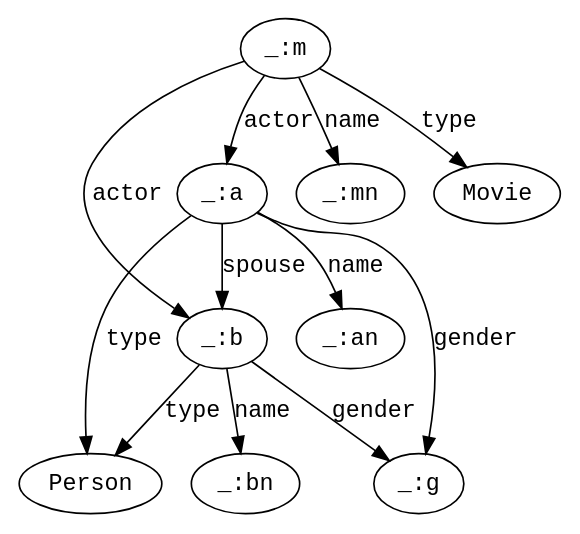
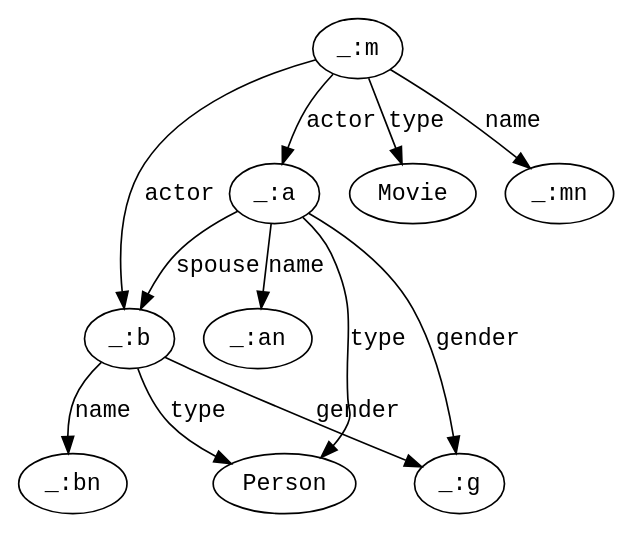
The diagram in docs/images/query.dot (underlay/styx), drawn with Graphviz before and after one commit. The commit also changed 9 other files, not shown here.

```diff
--- a/docs/images/query.dot
+++ b/docs/images/query.dot
@@ -1,22 +1,15 @@
 digraph G {
-  "_:a" [ fontname=monospace ];
-  "_:b" [ fontname=monospace ];
-  "_:an" [ fontname=monospace ];
-  "_:bn" [ fontname=monospace ];
-  "_:g" [ fontname=monospace ];
-  "_:m" [ fontname=monospace ];
-  "_:mn" [ fontname=monospace ];
-  "Person" [ fontname=monospace ];
-  "Movie" [ fontname=monospace ];
-  "_:a" -> "Person" [label="type" fontname=monospace];
-  "_:b" -> "Person" [label="type" fontname=monospace];
-  "_:a" -> "_:b" [label="spouse" fontname=monospace];
-  "_:m" -> "Movie" [label="type" fontname=monospace];
-  "_:m" -> "_:a" [label="actor" fontname=monospace];
-  "_:m" -> "_:b" [label="actor" fontname=monospace];
-  "_:a" -> "_:an" [label="name" fontname=monospace];
-  "_:b" -> "_:bn" [label="name" fontname=monospace];
-  "_:b" -> "_:g" [label="gender" fontname=monospace];
-  "_:a" -> "_:g" [label="gender" fontname=monospace];
-  "_:m" -> "_:mn" [label="name" fontname=monospace];
+  node [fontname=monospace];
+  edge [fontname=monospace];
+  "_:a" -> "Person" [label="type" ];
+  "_:b" -> "Person" [label="type" ];
+  "_:a" -> "_:b" [label="spouse" ];
+  "_:m" -> "Movie" [label="type" ];
+  "_:m" -> "_:a" [label="actor" ];
+  "_:m" -> "_:b" [label="actor" ];
+  "_:a" -> "_:an" [label="name" ];
+  "_:b" -> "_:bn" [label="name" ];
+  "_:b" -> "_:g" [label="gender" ];
+  "_:a" -> "_:g" [label="gender" ];
+  "_:m" -> "_:mn" [label="name" ];
 }
```
